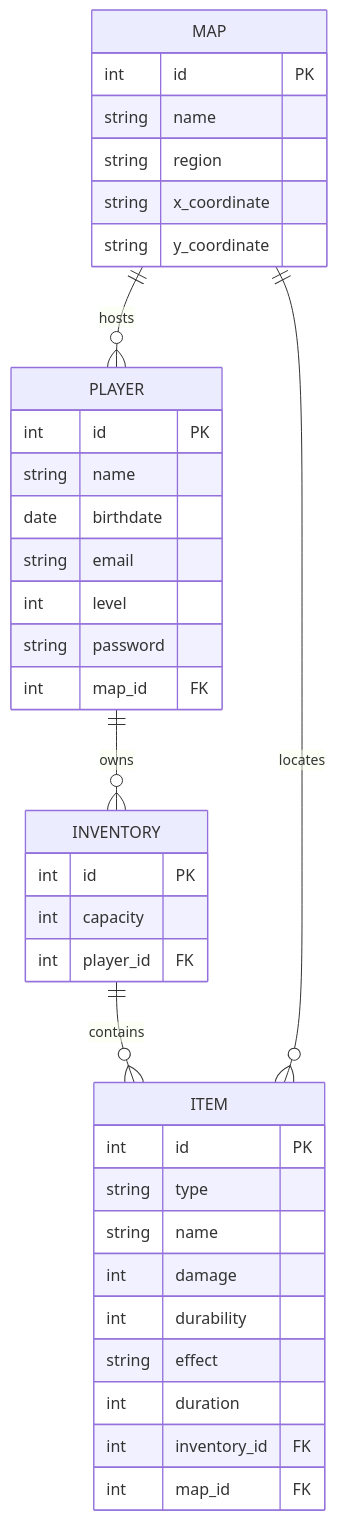
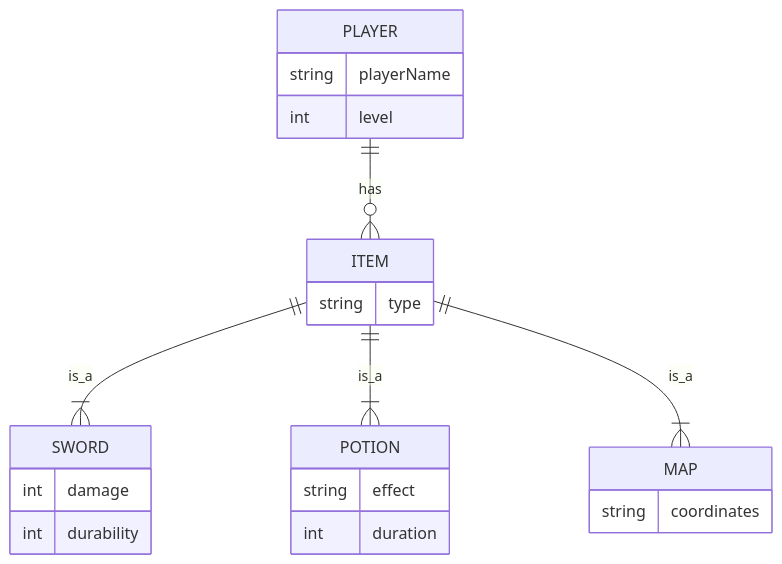
One commit to Rosario-sanchez-marin/RPG-Inventory-System changed the diagram in project-root/docs/schema.md. Above: the diagram before and after it, drawn with Mermaid.

````diff
--- a/project-root/docs/schema.md
+++ b/project-root/docs/schema.md
@@ -3,44 +3,28 @@
 ```mermaid   
 
 erDiagram
-  PLAYER ||--o{ INVENTORY : owns
-  INVENTORY ||--o{ ITEM : contains
-  MAP ||--o{ ITEM : locates
-  MAP ||--o{ PLAYER : hosts
+    PLAYER {
+        string playerName
+        int level
+    }
+    ITEM {
+        string type
+    }
+    SWORD {
+        int damage
+        int durability
+    }
+    POTION {
+        string effect
+        int duration
+    }
+    MAP {
+        string coordinates
+    }
 
-  PLAYER {
-    int id PK
-    string name
-    date birthdate
-    string email
-    int level
-    string password
-    int map_id FK
-  }
+    PLAYER ||--o{ ITEM : has
+    ITEM ||--|{ SWORD : is_a
+    ITEM ||--|{ POTION : is_a
+    ITEM ||--|{ MAP : is_a
 
-  INVENTORY {
-    int id PK
-    int capacity 
-    int player_id FK
-  }
-
-  ITEM {
-    int id PK
-    string type
-    string name
-    int damage
-    int durability
-    string effect
-    int duration
-    int inventory_id FK
-    int map_id FK
-  }
-
-  MAP {
-    int id PK
-    string name
-    string region
-    string x_coordinate
-    string y_coordinate
-  }
 ```
````
